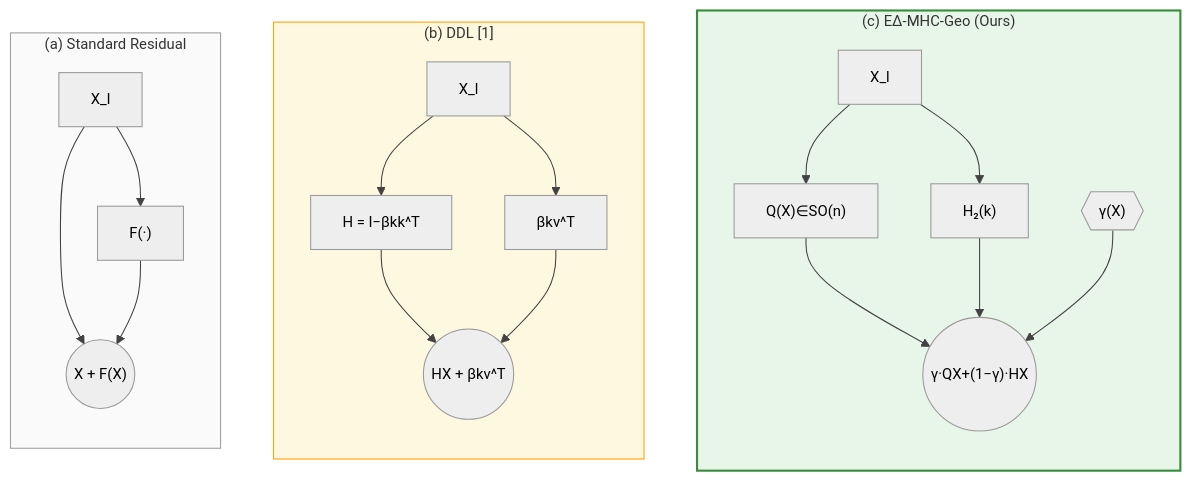
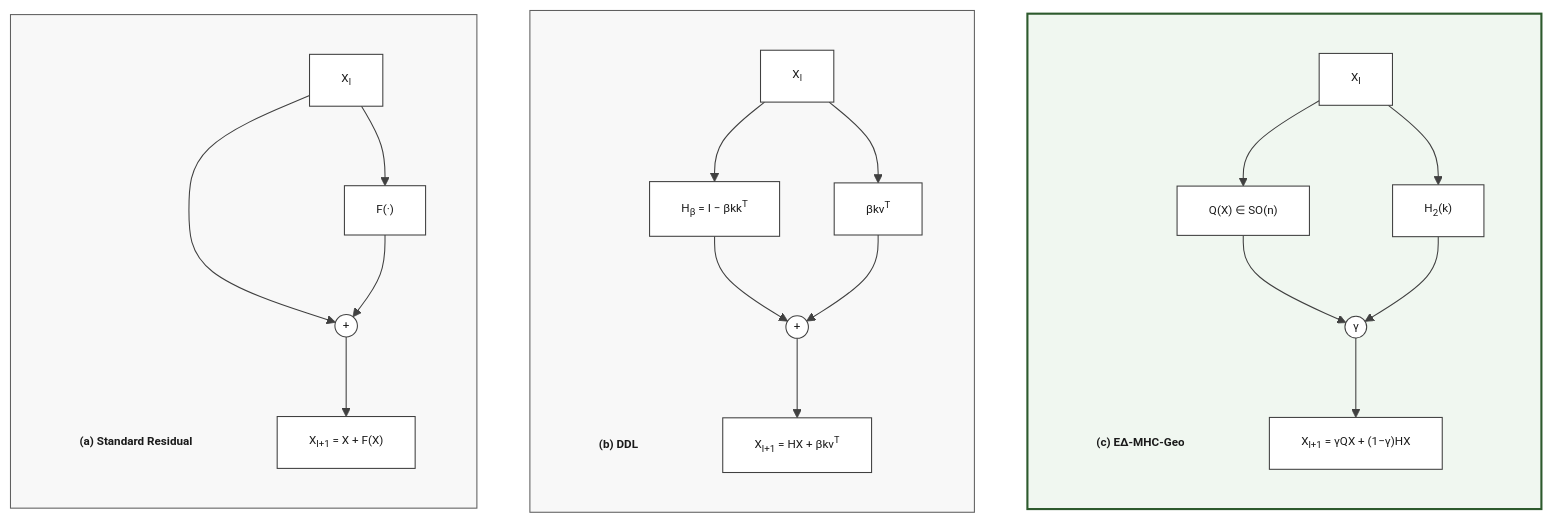
Before and after one commit to arash-shahmansoori/edelta: the first of 7 diagrams in docs/RESEARCH_V3.md, drawn with Mermaid. The commit also changed other lines of this file, not shown here.

First line of the commit message:
Revise all Mermaid diagrams to publication-quality standards

````diff
--- a/docs/RESEARCH_V3.md
+++ b/docs/RESEARCH_V3.md
@@ -47,33 +47,41 @@
 ```mermaid
-%%{init: {'theme': 'neutral', 'themeVariables': { 'primaryColor': '#f5f5f5', 'primaryTextColor': '#212121', 'primaryBorderColor': '#616161', 'lineColor': '#424242', 'fontSize': '14px'}}}%%
+%%{init: {'theme': 'base', 'themeVariables': { 'primaryColor': '#ffffff', 'primaryTextColor': '#1a1a1a', 'primaryBorderColor': '#404040', 'lineColor': '#404040', 'fontSize': '11px', 'fontFamily': 'Times New Roman, serif'}}}%%
 flowchart LR
-    subgraph A["(a) Standard Residual"]
+    subgraph A[" "]
         direction TB
-        A1["X_l"] --> A2["F(·)"]
-        A1 --> A3
-        A2 --> A3(("X + F(X)"))
+        A0["<b>(a) Standard Residual</b>"]
+        A1["X<sub>l</sub>"] --> A2["F(·)"]
+        A1 --> A3(("+"))
+        A2 --> A3
+        A3 --> A4["X<sub>l+1</sub> = X + F(X)"]
     end
     
-    subgraph B["(b) DDL [1]"]
+    subgraph B[" "]
         direction TB
-        B1["X_l"] --> B2["H = I−βkk^T"]
-        B1 --> B3["βkv^T"]
-        B2 --> B4
-        B3 --> B4(("HX + βkv^T"))
+        B0["<b>(b) DDL</b>"]
+        B1["X<sub>l</sub>"] --> B2["H<sub>β</sub> = I − βkk<sup>T</sup>"]
+        B1 --> B3["βkv<sup>T</sup>"]
+        B2 --> B4(("+"))
+        B3 --> B4
+        B4 --> B5["X<sub>l+1</sub> = HX + βkv<sup>T</sup>"]
     end
     
-    subgraph C["(c) E∆-MHC-Geo (Ours)"]
+    subgraph C[" "]
         direction TB
-        C1["X_l"] --> C2["Q(X)∈SO(n)"]
-        C1 --> C3["H₂(k)"]
-        C2 --> C5
+        C0["<b>(c) E∆-MHC-Geo</b>"]
+        C1["X<sub>l</sub>"] --> C2["Q(X) ∈ SO(n)"]
+        C1 --> C3["H<sub>2</sub>(k)"]
+        C2 --> C5(("γ"))
         C3 --> C5
-        C4{{"γ(X)"}} --> C5(("γ·QX+(1−γ)·HX"))
+        C5 --> C6["X<sub>l+1</sub> = γQX + (1−γ)HX"]
     end
     
     A ~~~ B ~~~ C
     
-    style A fill:#fafafa,stroke:#9e9e9e,stroke-width:1px
-    style B fill:#fff8e1,stroke:#ffa000,stroke-width:1px
-    style C fill:#e8f5e9,stroke:#388e3c,stroke-width:2px
+    style A fill:#f8f8f8,stroke:#606060,stroke-width:1px
+    style B fill:#f8f8f8,stroke:#606060,stroke-width:1px
+    style C fill:#f0f7f0,stroke:#2d5a2d,stroke-width:2px
+    style A0 fill:none,stroke:none
+    style B0 fill:none,stroke:none
+    style C0 fill:none,stroke:none
 ```
````
